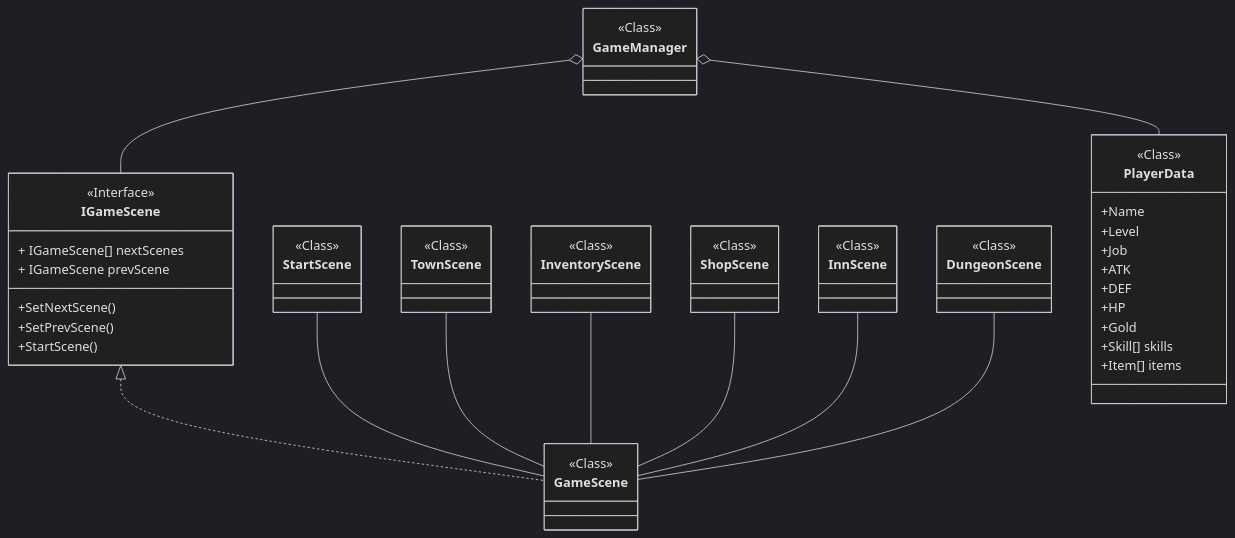
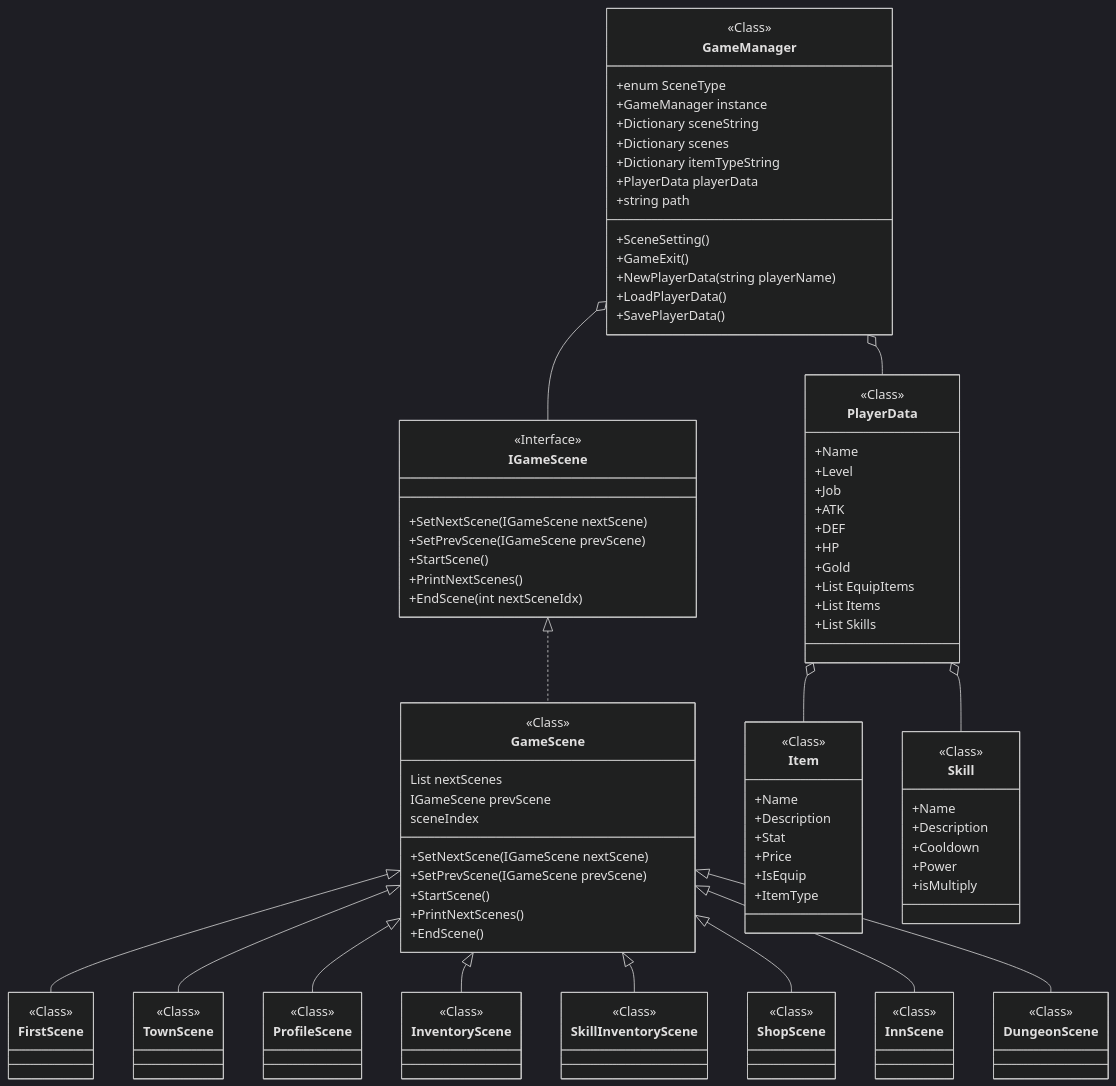
The diagram in README.md (lhr4426/TextRPG), drawn with Mermaid (dark theme) before and after one commit. The commit also changed 21 other files, not shown here.

````diff
--- a/README.md
+++ b/README.md
@@ -4,13 +4,51 @@
 ```mermaid
 classDiagram
 direction TB
-    class StartScene {
+    class IGameScene {
+	    +SetNextScene(IGameScene nextScene)
+	    +SetPrevScene(IGameScene prevScene)
+	    +StartScene()
+	    +PrintNextScenes()
+	    +EndScene(int nextSceneIdx)
+    }
+
+    class PlayerData {
+	    +Name
+	    +Level
+	    +Job
+	    +ATK
+	    +DEF
+	    +HP
+	    +Gold
+	    +List EquipItems
+	    +List Items
+	    +List Skills
+    }
+
+    class GameScene {
+	    List nextScenes
+	    IGameScene prevScene
+	    sceneIndex
+	    +SetNextScene(IGameScene nextScene)
+	    +SetPrevScene(IGameScene prevScene)
+	    +StartScene()
+	    +PrintNextScenes()
+	    +EndScene()
+    }
+
+    class FirstScene {
     }
 
     class TownScene {
     }
 
+    class ProfileScene {
+    }
+
     class InventoryScene {
+    }
+
+    class SkillInventoryScene {
     }
 
     class ShopScene {
@@ -22,52 +60,66 @@
     class DungeonScene {
     }
 
-    class GameManager {
+    class Item {
+	    +Name
+	    +Description
+	    +Stat
+	    +Price
+	    +IsEquip
+	    +ItemType
     }
 
-    class IGameScene {
-	    + IGameScene[] nextScenes
-	    + IGameScene prevScene
-	    +SetNextScene()
-	    +SetPrevScene()
-	    +StartScene()
+    class Skill {
+	    +Name
+	    +Description
+	    +Cooldown
+	    +Power
+	    +isMultiply
     }
 
-    class PlayerData {
-	    +Name
-	    +Level
-	    +Job
-	    +ATK
-	    +DEF
-	    +HP
-	    +Gold
-	    +Skill[] skills
-	    +Item[] items
+    class GameManager {
+	    +enum SceneType
+	    +GameManager instance
+	    +Dictionary sceneString
+	    +Dictionary scenes
+	    +Dictionary itemTypeString
+	    +PlayerData playerData
+	    +string path
+	    +SceneSetting()
+	    +GameExit()
+	    +NewPlayerData(string playerName)
+	    +LoadPlayerData()
+	    +SavePlayerData()
     }
 
-    class GameScene {
-    }
-
-	<<Class>> StartScene
+	<<Interface>> IGameScene
+	<<Class>> PlayerData
+	<<Class>> GameScene
+	<<Class>> FirstScene
 	<<Class>> TownScene
+	<<Class>> ProfileScene
 	<<Class>> InventoryScene
+	<<Class>> SkillInventoryScene
 	<<Class>> ShopScene
 	<<Class>> InnScene
 	<<Class>> DungeonScene
+	<<Class>> Item
+	<<Class>> Skill
 	<<Class>> GameManager
-	<<Interface>> IGameScene
-	<<Class>> PlayerData
-	<<Class>> GameScene
 
     GameManager o-- IGameScene
     GameManager o-- PlayerData
     IGameScene <|.. GameScene
-    StartScene -- GameScene
-    TownScene -- GameScene
-    InventoryScene -- GameScene
-    ShopScene -- GameScene
-    InnScene -- GameScene
-    DungeonScene -- GameScene
+    GameScene <|-- FirstScene
+    GameScene <|-- TownScene
+    GameScene <|-- ProfileScene
+    GameScene <|-- InventoryScene
+    GameScene <|-- SkillInventoryScene
+    GameScene <|-- ShopScene
+    GameScene <|-- InnScene
+    GameScene <|-- DungeonScene
+    PlayerData o-- Item
+    PlayerData o-- Skill
 
 
 ```
````
